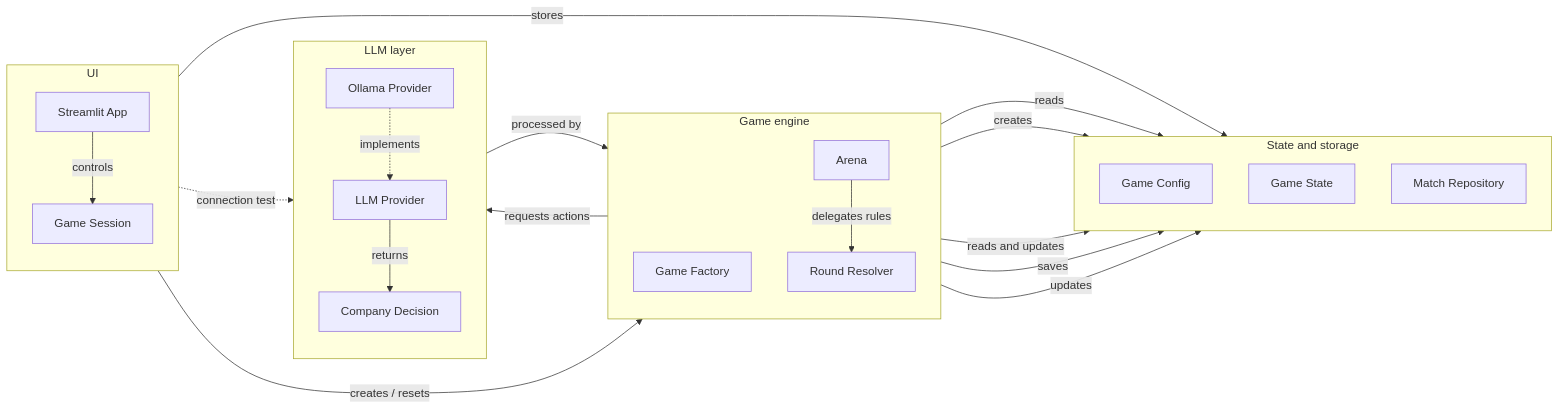
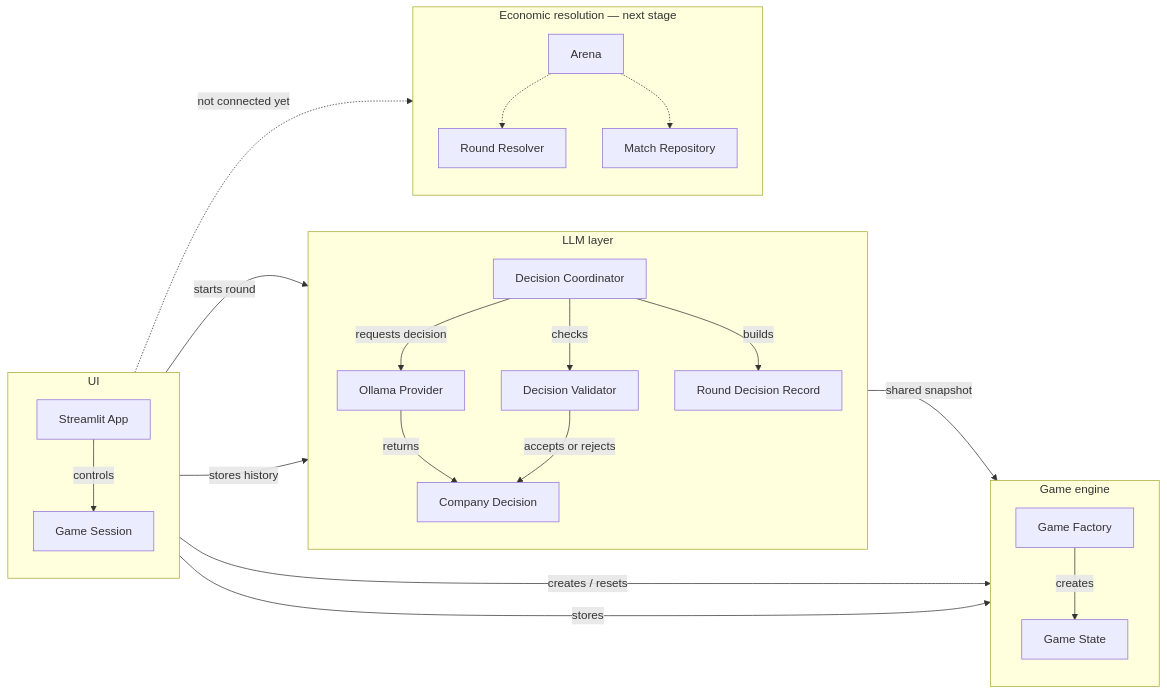
One commit to atugurlan/llm-startup-arena changed the second of 3 diagrams in README.md. Above: the diagram before and after it, drawn with Mermaid. The commit also changed other lines of this file, not shown here.

Commit message:
Update LLM decision workflow documentation

````diff
--- a/README.md
+++ b/README.md
@@ -75,46 +108,48 @@
 ```mermaid
 flowchart LR
     subgraph Interface["UI"]
         direction TB
         App["Streamlit App"]
         Session["Game Session"]
     end
 
     subgraph Game["Game engine"]
         direction TB
         Factory["Game Factory"]
-        Arena["Arena"]
-        Resolver["Round Resolver"]
+        State["Game State"]
     end
 
     subgraph Intelligence["LLM layer"]
         direction TB
-        Provider["LLM Provider"]
+        Coordinator["Decision Coordinator"]
         Ollama["Ollama Provider"]
+        Validator["Decision Validator"]
         Decision["Company Decision"]
+        Record["Round Decision Record"]
     end
 
-    subgraph Data["State and storage"]
+    subgraph Future["Economic resolution — next stage"]
         direction TB
-        Config["Game Config"]
-        State["Game State"]
+        Arena["Arena"]
+        Resolver["Round Resolver"]
         Repository["Match Repository"]
     end
 
     App -->|controls| Session
-    App -.->|connection test| Ollama
+    App -->|starts round| Coordinator
     Session -->|creates / resets| Factory
     Session -->|stores| State
-    Factory -->|reads| Config
     Factory -->|creates| State
 
-    Arena -->|reads and updates| State
-    Arena -->|requests actions| Provider
-    Arena -->|delegates rules| Resolver
-    Arena -->|saves| Repository
-    Resolver -->|updates| State
+    Coordinator -->|shared snapshot| State
+    Coordinator -->|requests decision| Ollama
+    Ollama -->|returns| Decision
+    Coordinator -->|checks| Validator
+    Validator -->|accepts or rejects| Decision
+    Coordinator -->|builds| Record
+    Session -->|stores history| Record
 
-    Ollama -. implements .-> Provider
-    Provider -->|returns| Decision
-    Decision -->|processed by| Resolver
+    App -.->|not connected yet| Arena
+    Arena -.-> Resolver
+    Arena -.-> Repository
 ```
````
